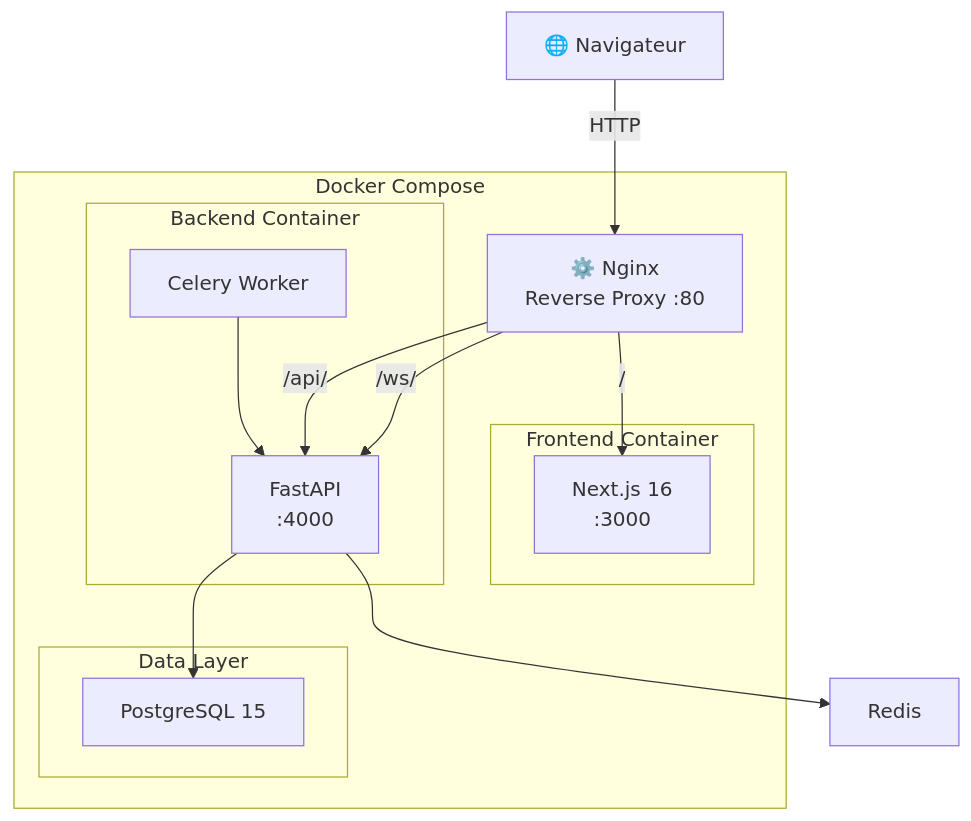
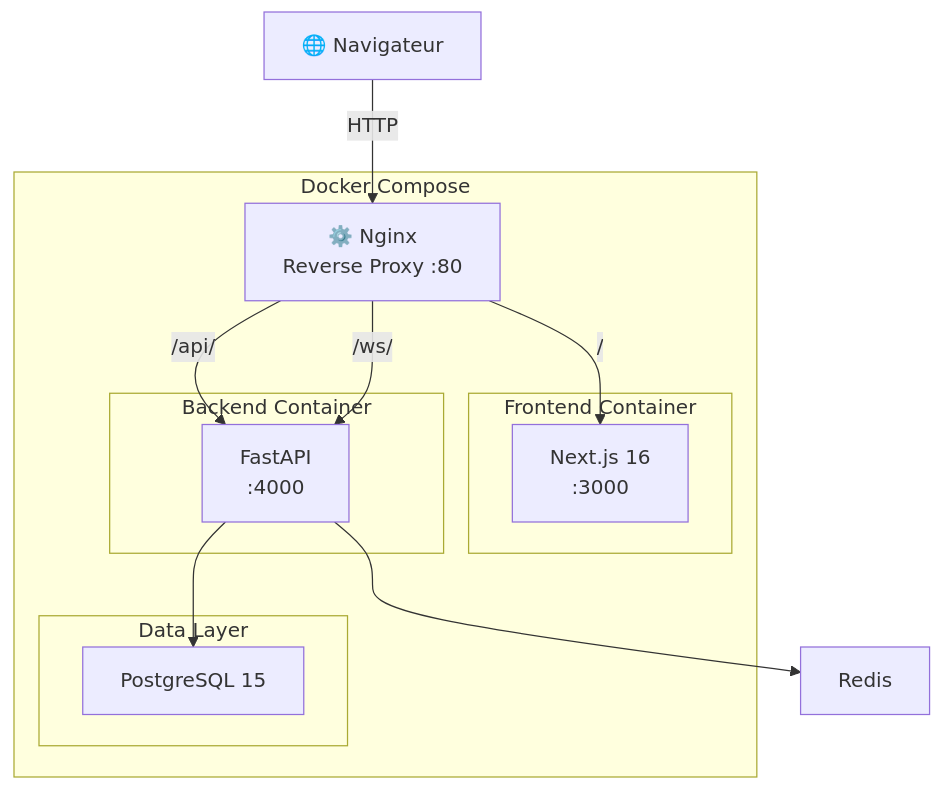
Before and after one commit to Abdel1117/Crypto_News: the diagram in README.md, drawn with Mermaid. The commit also changed other lines of this file, not shown here.

````diff
--- a/README.md
+++ b/README.md
@@ -45,29 +45,27 @@
 ```mermaid
 graph TB
     Browser["🌐 Navigateur"]
 
     subgraph Docker["Docker Compose"]
         Nginx["⚙️ Nginx\nReverse Proxy :80"]
 
         subgraph Frontend["Frontend Container"]
             Next["Next.js 16\n:3000"]
         end
 
         subgraph Backend["Backend Container"]
             FastAPI["FastAPI\n:4000"]
-            Celery["Celery Worker"]
         end
 
         subgraph Data["Data Layer"]
             PG["PostgreSQL 15"]
         end
     end
 
     Browser -->|HTTP| Nginx
     Nginx -->|"/"| Next
     Nginx -->|"/api/"| FastAPI
     Nginx -->|"/ws/"| FastAPI
     FastAPI --> PG
     FastAPI --> Redis
-    Celery --> FastAPI
 ```
````
